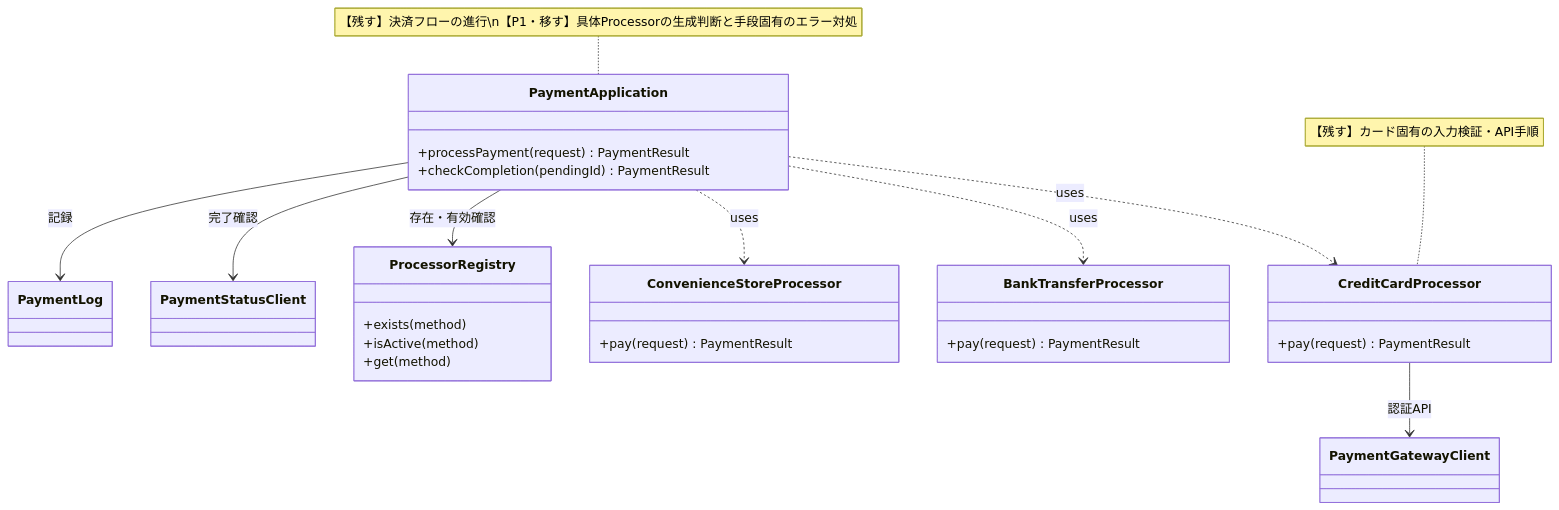
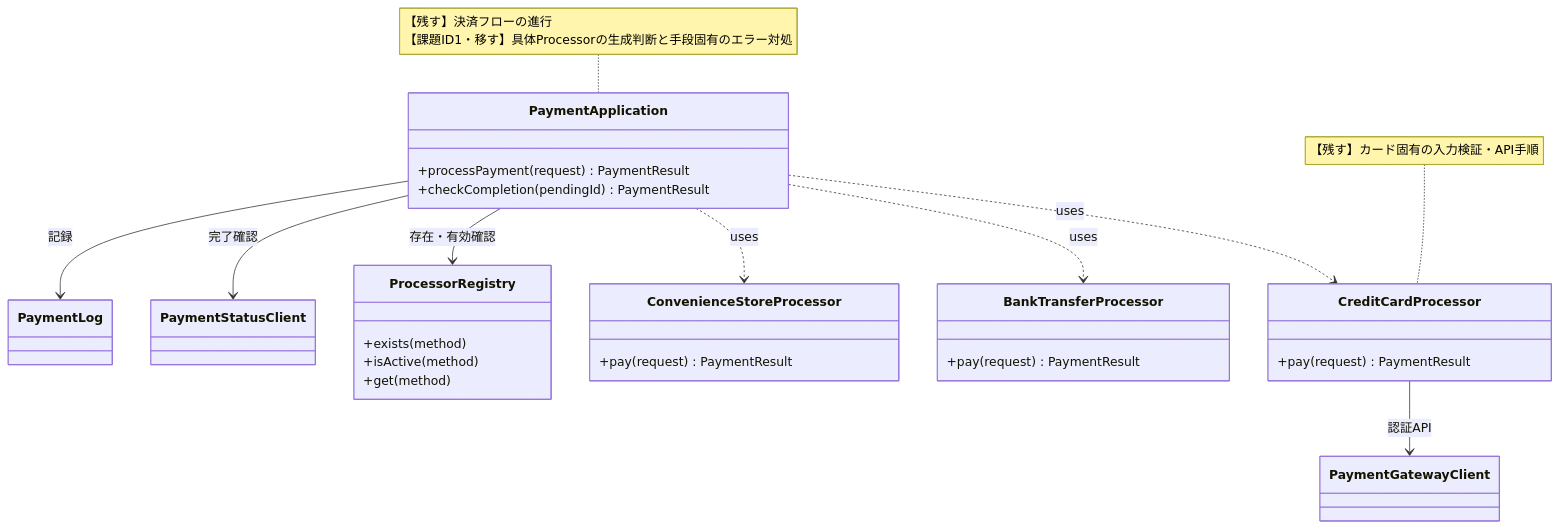
One commit to kumachan1101-pixel/DesignPattern changed the ninth of 15 diagrams in kindle/design-patterns/output/chapter08.md. Above: the diagram before and after it, drawn with Mermaid. The commit also changed other lines of this file and 43 other files, not shown here.

````diff
--- a/kindle/design-patterns/output/chapter08.md
+++ b/kindle/design-patterns/output/chapter08.md
@@ -1783,38 +1815,38 @@
 ```mermaid
 classDiagram
     class PaymentLog
     class PaymentApplication {
         +processPayment(request) PaymentResult
         +checkCompletion(pendingId) PaymentResult
     }
     class CreditCardProcessor {
         +pay(request) PaymentResult
     }
     class BankTransferProcessor {
         +pay(request) PaymentResult
     }
     class ConvenienceStoreProcessor {
         +pay(request) PaymentResult
     }
     class ProcessorRegistry {
         +exists(method)
         +isActive(method)
         +get(method)
     }
     class PaymentGatewayClient
     class PaymentStatusClient
 
     PaymentApplication ..> CreditCardProcessor : uses
     PaymentApplication ..> BankTransferProcessor : uses
     PaymentApplication ..> ConvenienceStoreProcessor : uses
     PaymentApplication --> ProcessorRegistry : 存在・有効確認
     PaymentApplication --> PaymentStatusClient : 完了確認
     PaymentApplication --> PaymentLog : 記録
     CreditCardProcessor --> PaymentGatewayClient : 認証API
 
-    note for PaymentApplication "【残す】決済フローの進行\n【P1・移す】具体Processorの生成判断と手段固有のエラー対処"
+    note for PaymentApplication "【残す】決済フローの進行<br/>【課題ID1・移す】具体Processorの生成判断と手段固有のエラー対処"
     note for CreditCardProcessor "【残す】カード固有の入力検証・API手順"
 
     classDef focus fill:#FFF2CC,stroke:#D6B656,stroke-width:2px,color:#222222
     cssClass "PaymentApplication" focus
 ```
````
